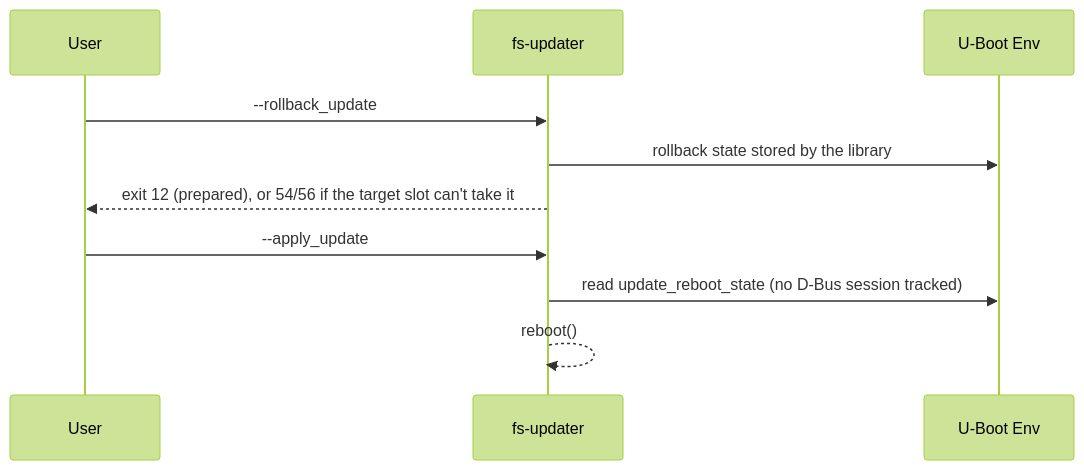
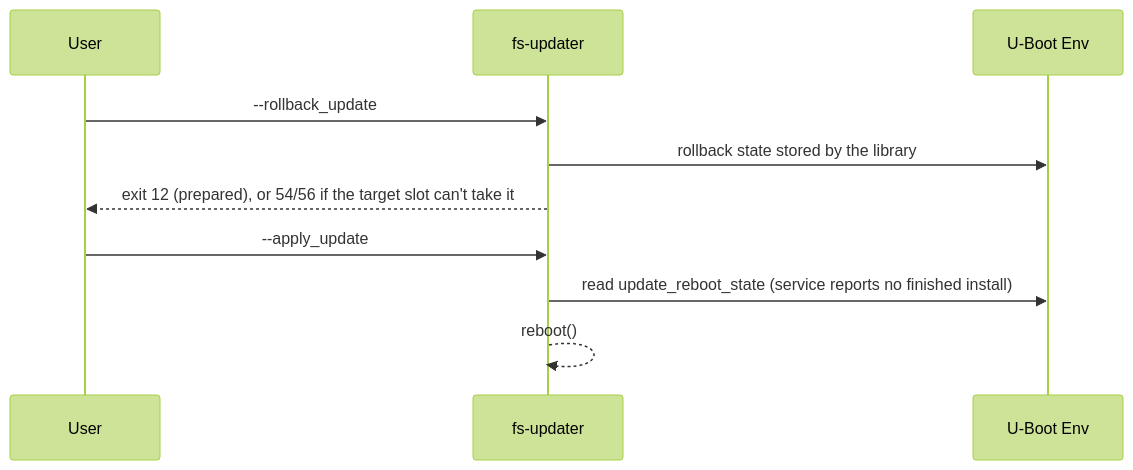
Before and after one commit to FSEmbedded/fs-updater-cli: the third of 3 diagrams in docs/integration/dbus-session-protocol.md, drawn with Mermaid (forest theme). The commit also changed other lines of this file and 1 other file, not shown here.

First line of the commit message:
docs: describe the device update handler and the session protocol as the source implements them

````diff
--- a/docs/integration/dbus-session-protocol.md
+++ b/docs/integration/dbus-session-protocol.md
@@ -120,14 +121,14 @@
 ```mermaid
 sequenceDiagram
     participant User
     participant CLI as fs-updater
     participant UB as U-Boot Env
 
     User->>CLI: --rollback_update
     CLI->>UB: rollback state stored by the library
     CLI-->>User: exit 12 (prepared), or 54/56 if the target slot can't take it
 
     User->>CLI: --apply_update
-    CLI->>UB: read update_reboot_state (no D-Bus session tracked)
+    CLI->>UB: read update_reboot_state (service reports no finished install)
     CLI-->>CLI: reboot()
 ```
````
